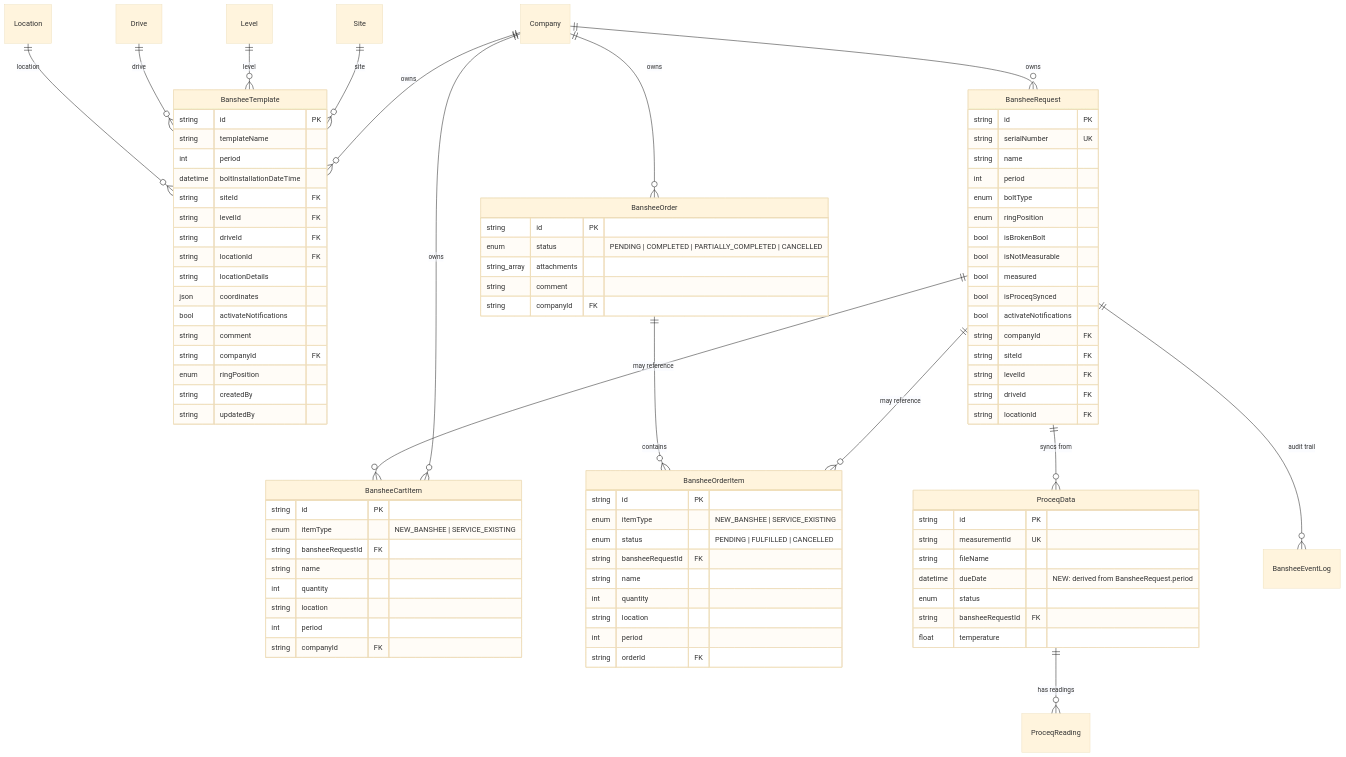
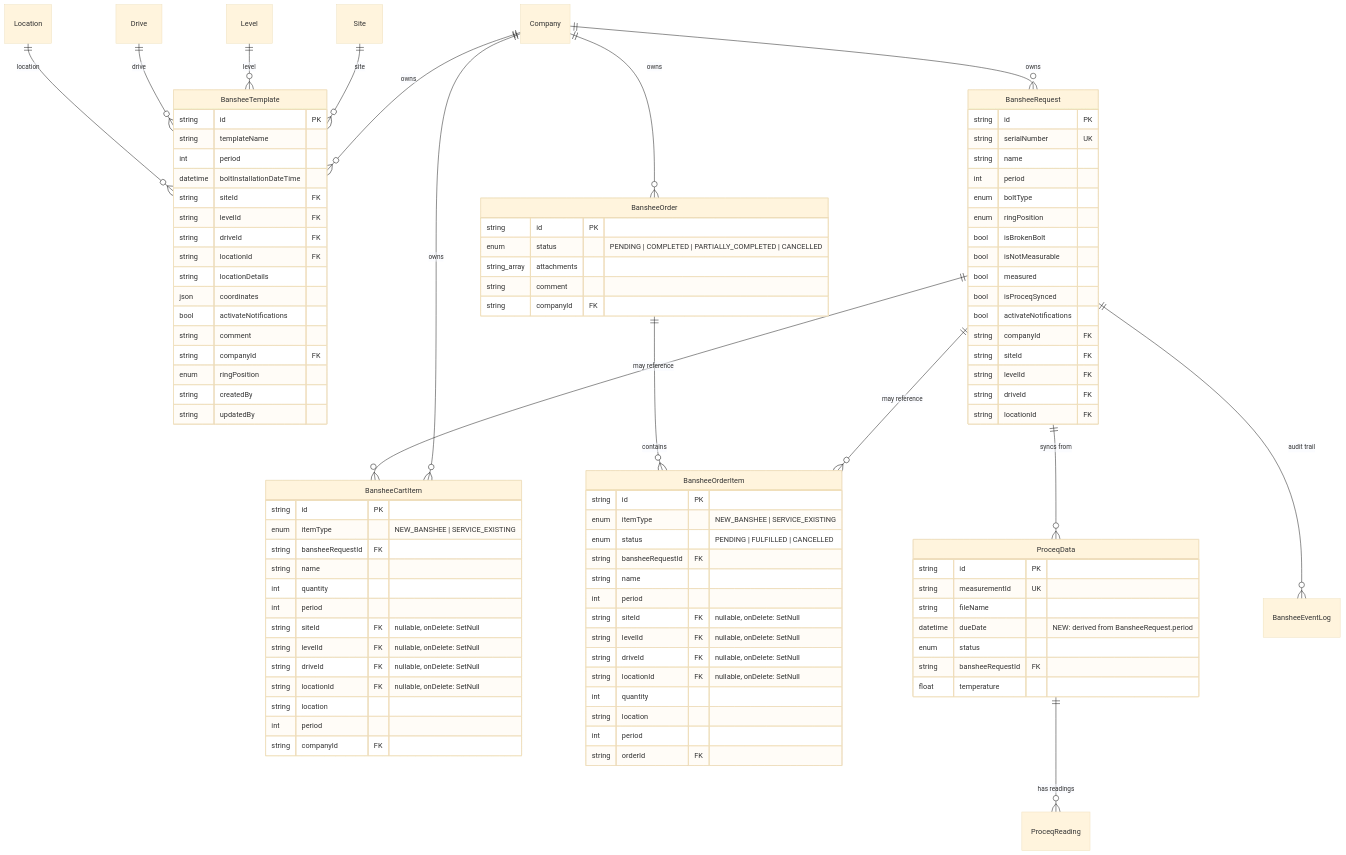
Diagram 11 of 21 in docs/techinal-design-document.md (omikking/iot-device), drawn with Mermaid (base theme) before and after one commit. The commit also changed other lines of this file and 12 other files, not shown here.

```diff
--- a/docs/techinal-design-document.md
+++ b/docs/techinal-design-document.md
@@ -1109,6 +1110,11 @@
         string bansheeRequestId FK
         string name
         int quantity
+        int period
+        string siteId FK "nullable, onDelete: SetNull"
+        string levelId FK "nullable, onDelete: SetNull"
+        string driveId FK "nullable, onDelete: SetNull"
+        string locationId FK "nullable, onDelete: SetNull"
         string location
         int period
         string companyId FK
@@ -1128,6 +1134,11 @@
         enum status "PENDING | FULFILLED | CANCELLED"
         string bansheeRequestId FK
         string name
+        int period
+        string siteId FK "nullable, onDelete: SetNull"
+        string levelId FK "nullable, onDelete: SetNull"
+        string driveId FK "nullable, onDelete: SetNull"
+        string locationId FK "nullable, onDelete: SetNull"
         int quantity
         string location
         int period
```
